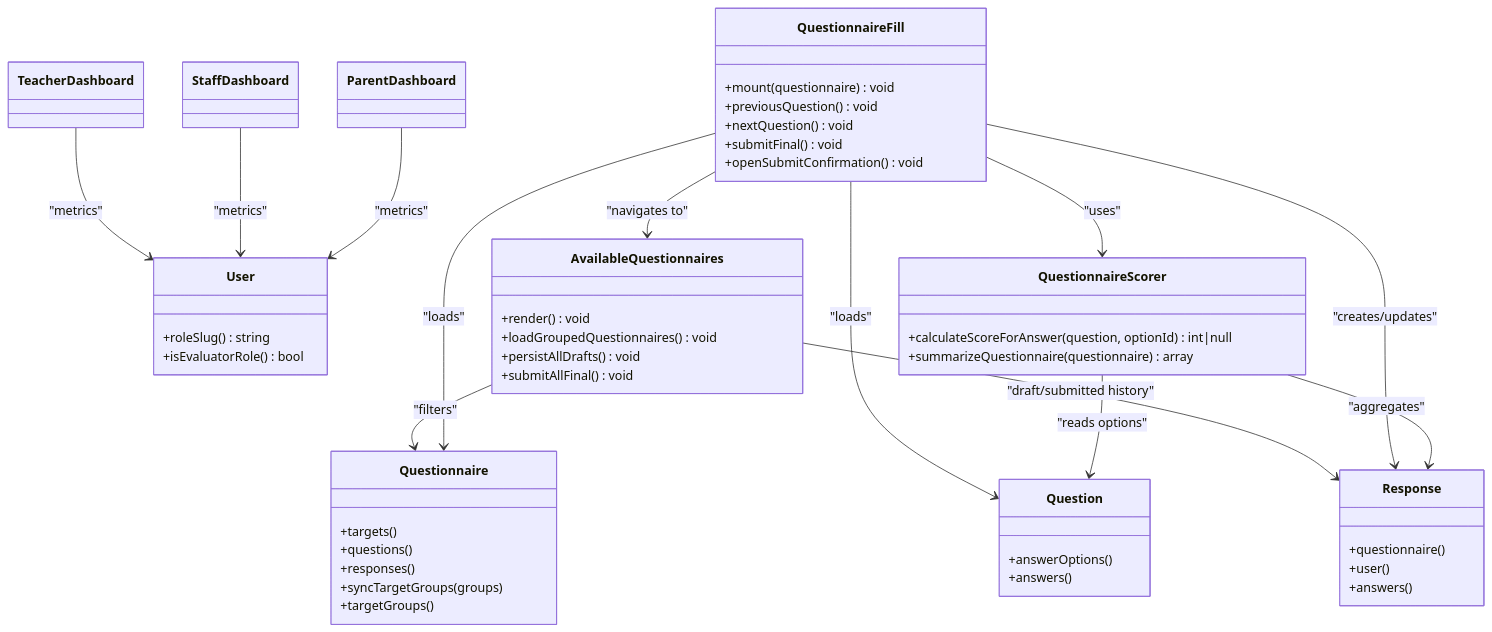
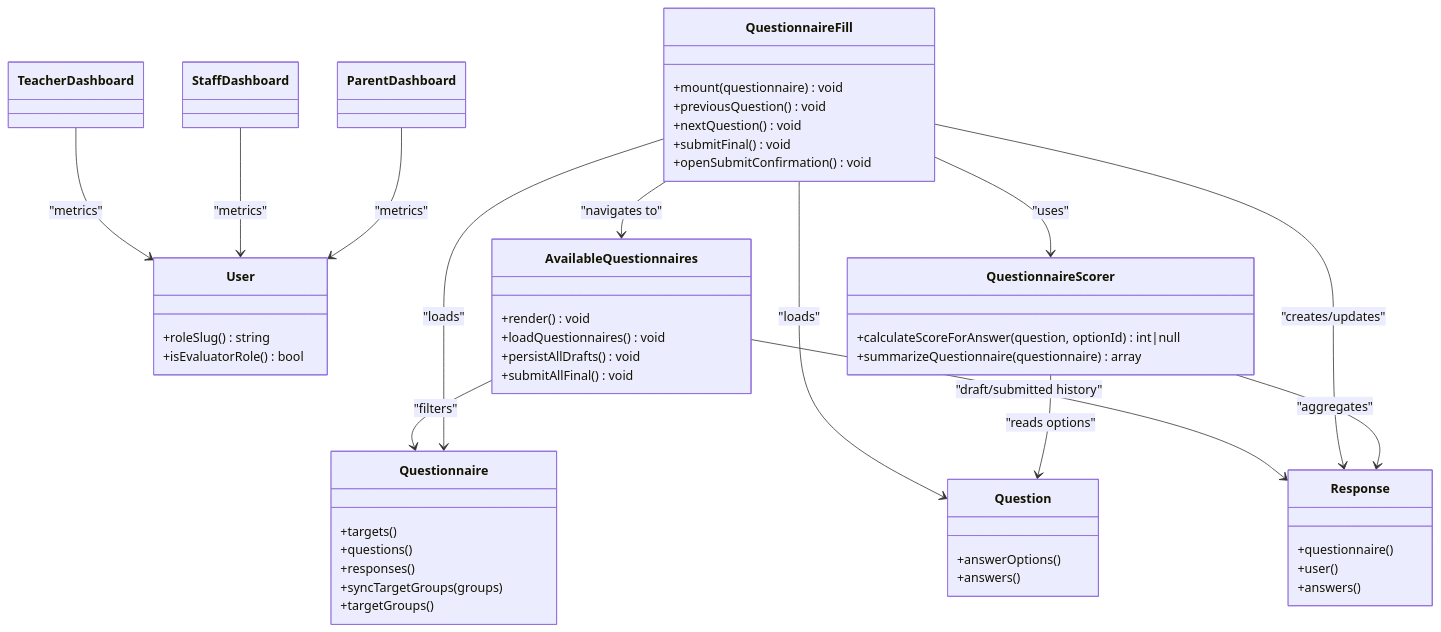
One commit to rudicatsmile/assesment360 changed the seventh of 7 diagrams in .qoder/repowiki/en/content/Core Features/Evaluation Workflows/Evaluation Workflows.md. Above: the diagram before and after it, drawn with Mermaid. The commit also changed other lines of this file and 15 other files, not shown here.

````diff
--- a/.qoder/repowiki/en/content/Core Features/Evaluation Workflows/Evaluation Workflows.md
+++ b/.qoder/repowiki/en/content/Core Features/Evaluation Workflows/Evaluation Workflows.md
@@ -380,55 +380,55 @@
 ```mermaid
 classDiagram
 class User {
 +roleSlug() string
 +isEvaluatorRole() bool
 }
 class Questionnaire {
 +targets()
 +questions()
 +responses()
 +syncTargetGroups(groups)
 +targetGroups()
 }
 class Question {
 +answerOptions()
 +answers()
 }
 class Response {
 +questionnaire()
 +user()
 +answers()
 }
 class QuestionnaireScorer {
 +calculateScoreForAnswer(question, optionId) int|null
 +summarizeQuestionnaire(questionnaire) array
 }
 class AvailableQuestionnaires {
 +render() void
-+loadGroupedQuestionnaires() void
++loadQuestionnaires() void
 +persistAllDrafts() void
 +submitAllFinal() void
 }
 class QuestionnaireFill {
 +mount(questionnaire) void
 +previousQuestion() void
 +nextQuestion() void
 +submitFinal() void
 +openSubmitConfirmation() void
 }
 class TeacherDashboard
 class StaffDashboard
 class ParentDashboard
 AvailableQuestionnaires --> Questionnaire : "filters"
 AvailableQuestionnaires --> Response : "draft/submitted history"
 QuestionnaireFill --> Questionnaire : "loads"
 QuestionnaireFill --> Question : "loads"
 QuestionnaireFill --> Response : "creates/updates"
 QuestionnaireFill --> QuestionnaireScorer : "uses"
 QuestionnaireFill --> AvailableQuestionnaires : "navigates to"
 QuestionnaireScorer --> Question : "reads options"
 QuestionnaireScorer --> Response : "aggregates"
 TeacherDashboard --> User : "metrics"
 StaffDashboard --> User : "metrics"
 ParentDashboard --> User : "metrics"
 ```
````
